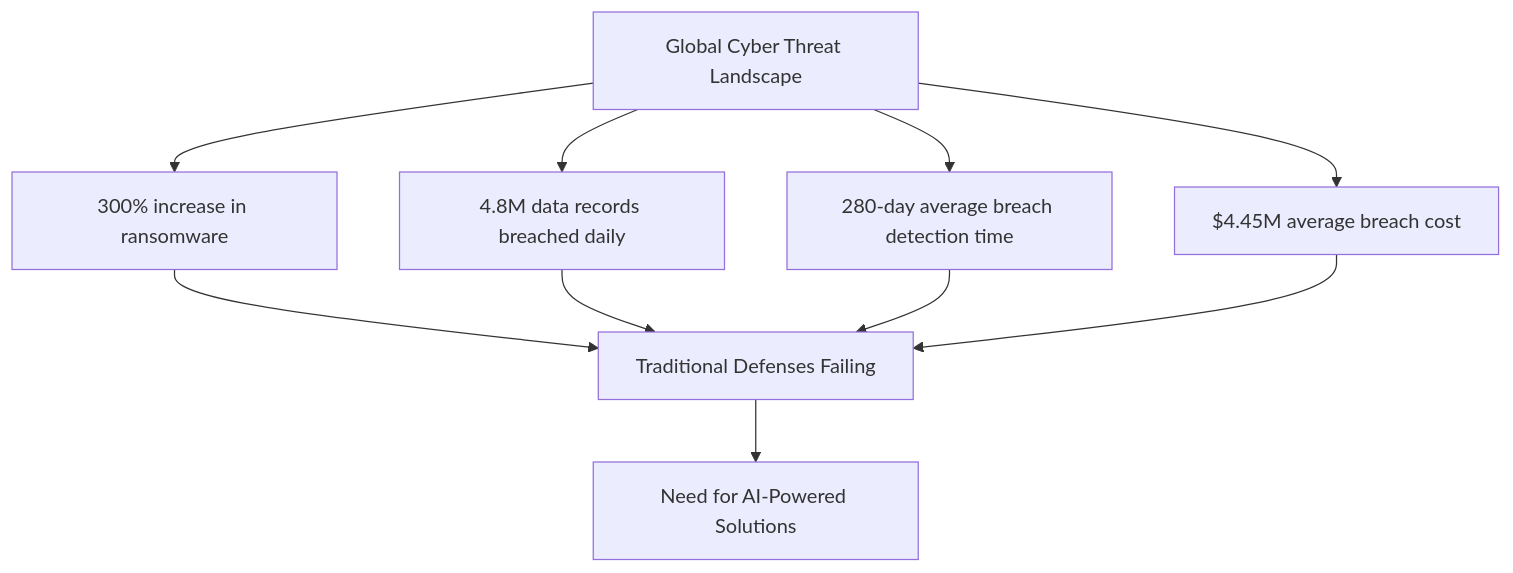
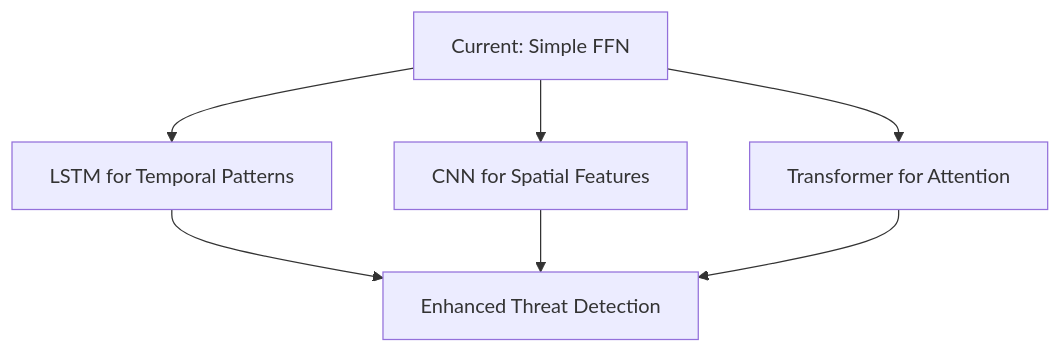
Before and after one commit to jihed01-sc/Detecting-Cybersecurity-Threats-using-Deep-Learning: the third of 3 diagrams in README.md, drawn with Mermaid. The commit also changed other lines of this file, not shown here.

````diff
--- a/README.md
+++ b/README.md
@@ -82,14 +394,10 @@
 ```mermaid
 graph TD
-    A[Global Cyber Threat Landscape] --> B[300% increase in ransomware]
-    A --> C[4.8M data records breached daily]
-    A --> D[280-day average breach detection time]
-    A --> E[$4.45M average breach cost]
+    A[Current: Simple FFN] --> B[LSTM for Temporal Patterns]
+    A --> C[CNN for Spatial Features]
+    A --> D[Transformer for Attention]
     
-    B --> F[Traditional Defenses Failing]
-    C --> F
-    D --> F
-    E --> F
-    
-    F --> G[Need for AI-Powered Solutions]
+    B --> E[Enhanced Threat Detection]
+    C --> E
+    D --> E
 ```
````
